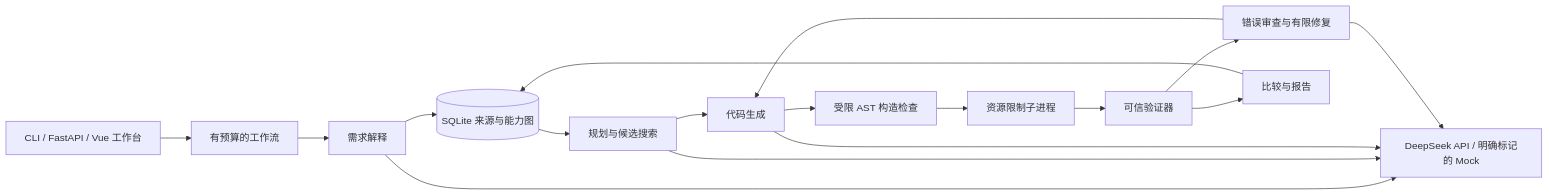
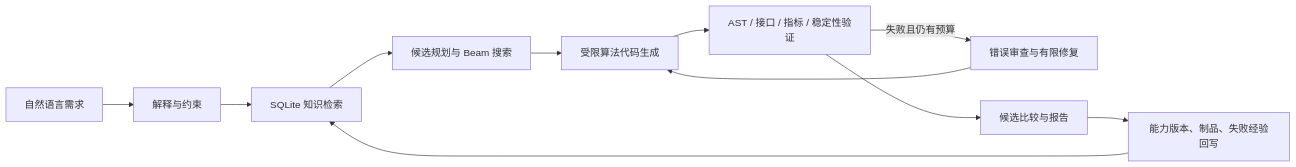
The diagram in README.md (dengdeng55525/axiomforge), drawn with Mermaid before and after one commit. The commit also changed other lines of this file and 12 other files, not shown here.

````diff
--- a/README.md
+++ b/README.md
@@ -99,19 +127,13 @@
-~~~mermaid
+```mermaid
 flowchart LR
-  U[CLI / FastAPI / Vue 工作台] --> W[有预算的工作流]
-  W --> I[需求解释]
-  I --> K[(SQLite 来源与能力图)]
-  K --> P[规划与候选搜索]
-  P --> C[代码生成]
-  C --> A[受限 AST 构造检查]
-  A --> X[资源限制子进程]
-  X --> V[可信验证器]
-  V --> R[错误审查与有限修复]
-  R --> C
-  V --> H[比较与报告]
-  H --> K
-  I --> L[DeepSeek API / 明确标记的 Mock]
-  P --> L
-  C --> L
-  R --> L
-~~~
+    A[自然语言需求] --> B[解释与约束]
+    B --> C[SQLite 知识检索]
+    C --> D[候选规划与 Beam 搜索]
+    D --> E[受限算法代码生成]
+    E --> F[AST / 接口 / 指标 / 稳定性验证]
+    F -->|失败且仍有预算| G[错误审查与有限修复]
+    G --> E
+    F --> H[候选比较与报告]
+    H --> I[能力版本、制品、失败经验回写]
+    I --> C
+```
````
